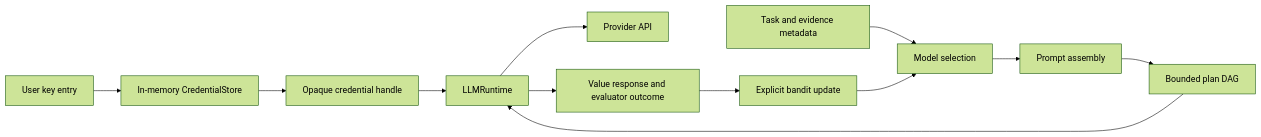
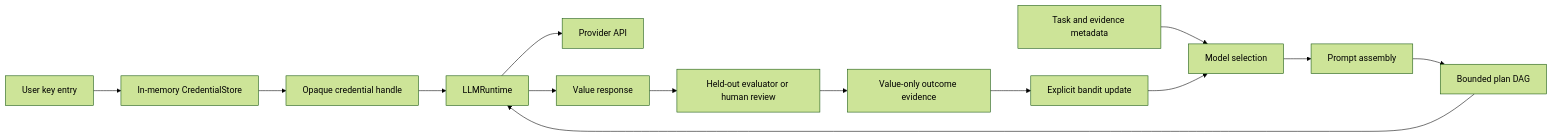
Before and after one commit to AURORA-NEURO/aurora-agent: the diagram in docs/AUTONOMOUS_BRAIN.md, drawn with Mermaid (forest theme). The commit also changed other lines of this file and 11 other files, not shown here.

````diff
--- a/docs/AUTONOMOUS_BRAIN.md
+++ b/docs/AUTONOMOUS_BRAIN.md
@@ -6,14 +6,16 @@
 ```mermaid
 flowchart LR
     U[User key entry] --> CS[In-memory CredentialStore]
     CS --> H[Opaque credential handle]
     H --> RT[LLMRuntime]
     RT --> P[Provider API]
     Q[Task and evidence metadata] --> MS[Model selection]
     MS --> PA[Prompt assembly]
     PA --> PL[Bounded plan DAG]
     PL --> RT
-    RT --> O[Value response and evaluator outcome]
-    O --> BU[Explicit bandit update]
+    RT --> O[Value response]
+    O --> EV[Held-out evaluator or human review]
+    EV --> OE[Value-only outcome evidence]
+    OE --> BU[Explicit bandit update]
     BU --> MS
 ```
````
